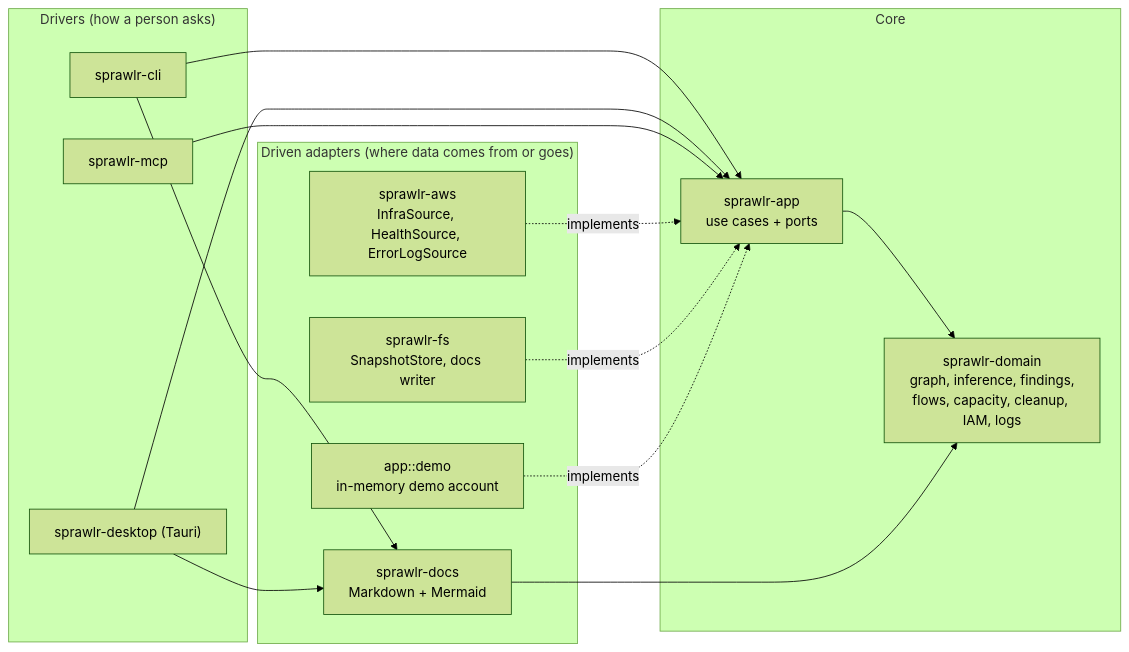
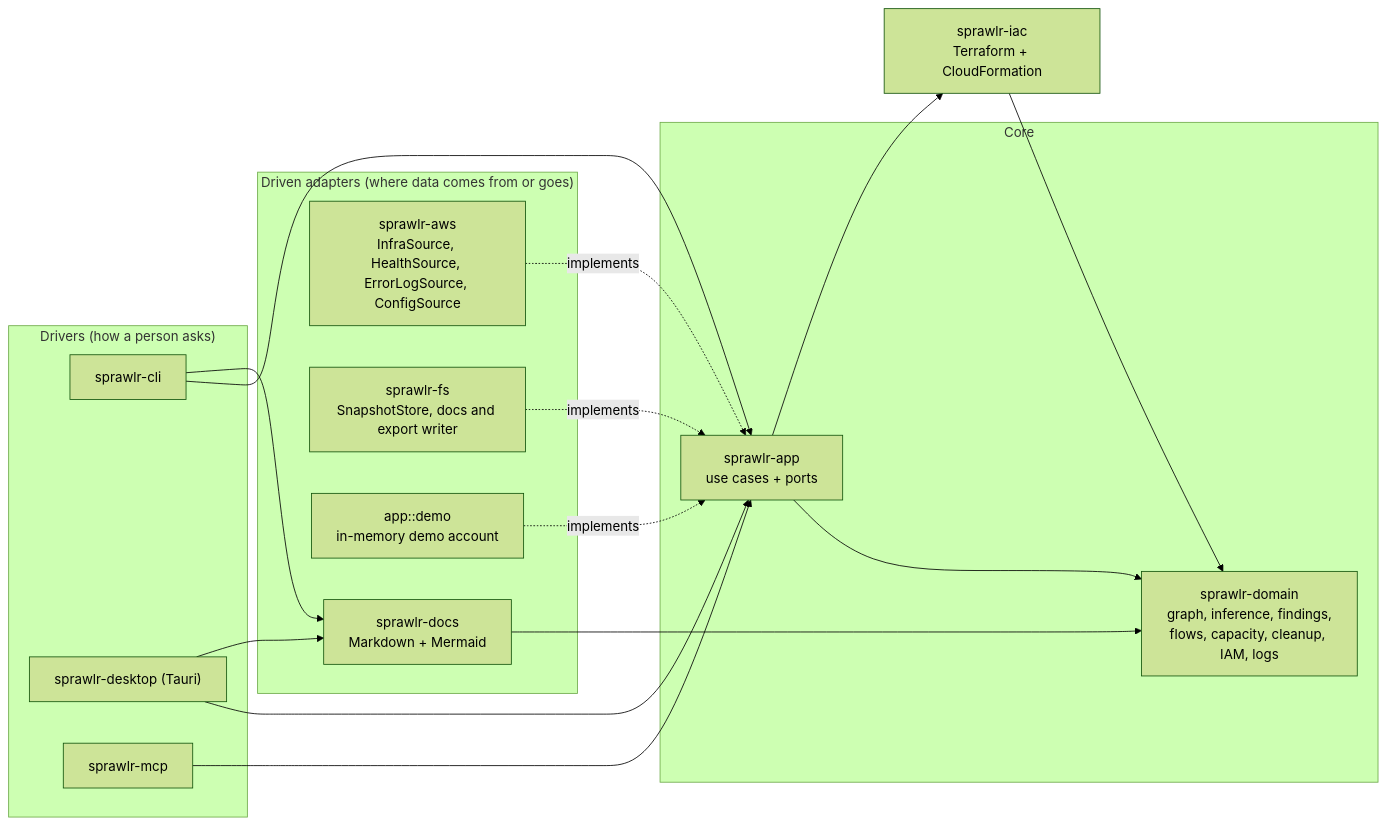
The first of 2 diagrams in docs/architecture.md (gonzaloan/sprawlr), drawn with Mermaid (forest theme) before and after one commit. The commit also changed other lines of this file and 123 other files, not shown here.

````diff
--- a/docs/architecture.md
+++ b/docs/architecture.md
@@ -5,28 +5,31 @@
 ```mermaid
 flowchart LR
   subgraph drivers["Drivers (how a person asks)"]
     cli["sprawlr-cli"]
     desk["sprawlr-desktop (Tauri)"]
     mcp["sprawlr-mcp"]
   end
   subgraph core["Core"]
     app["sprawlr-app\nuse cases + ports"]
     dom["sprawlr-domain\ngraph, inference, findings,\nflows, capacity, cleanup, IAM, logs"]
   end
   subgraph adapters["Driven adapters (where data comes from or goes)"]
-    aws["sprawlr-aws\nInfraSource, HealthSource, ErrorLogSource"]
-    fs["sprawlr-fs\nSnapshotStore, docs writer"]
+    aws["sprawlr-aws\nInfraSource, HealthSource, ErrorLogSource, ConfigSource"]
+    fs["sprawlr-fs\nSnapshotStore, docs and export writer"]
     demo["app::demo\nin-memory demo account"]
     docs["sprawlr-docs\nMarkdown + Mermaid"]
   end
+  iac["sprawlr-iac\nTerraform + CloudFormation"]
   cli --> app
   desk --> app
   mcp --> app
   app --> dom
+  app --> iac
+  iac --> dom
   aws -. implements .-> app
   fs -. implements .-> app
   demo -. implements .-> app
   docs --> dom
   cli --> docs
   desk --> docs
 ```
````
